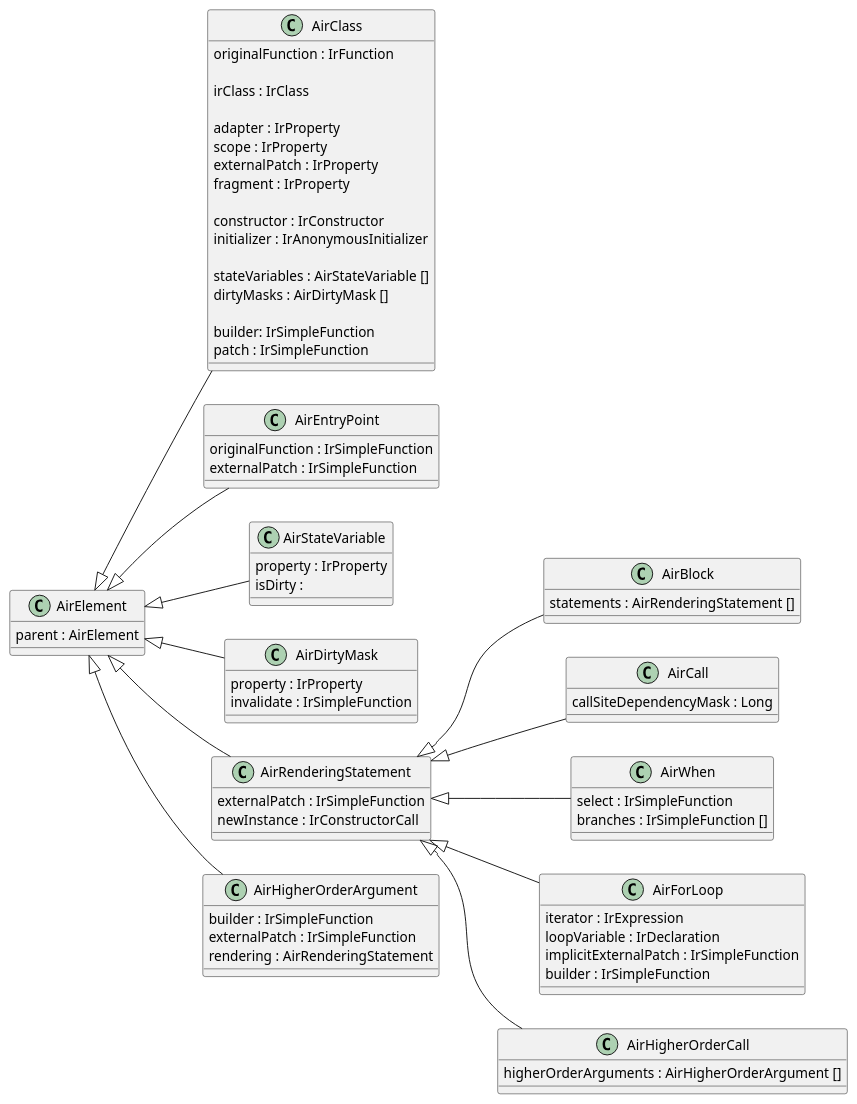
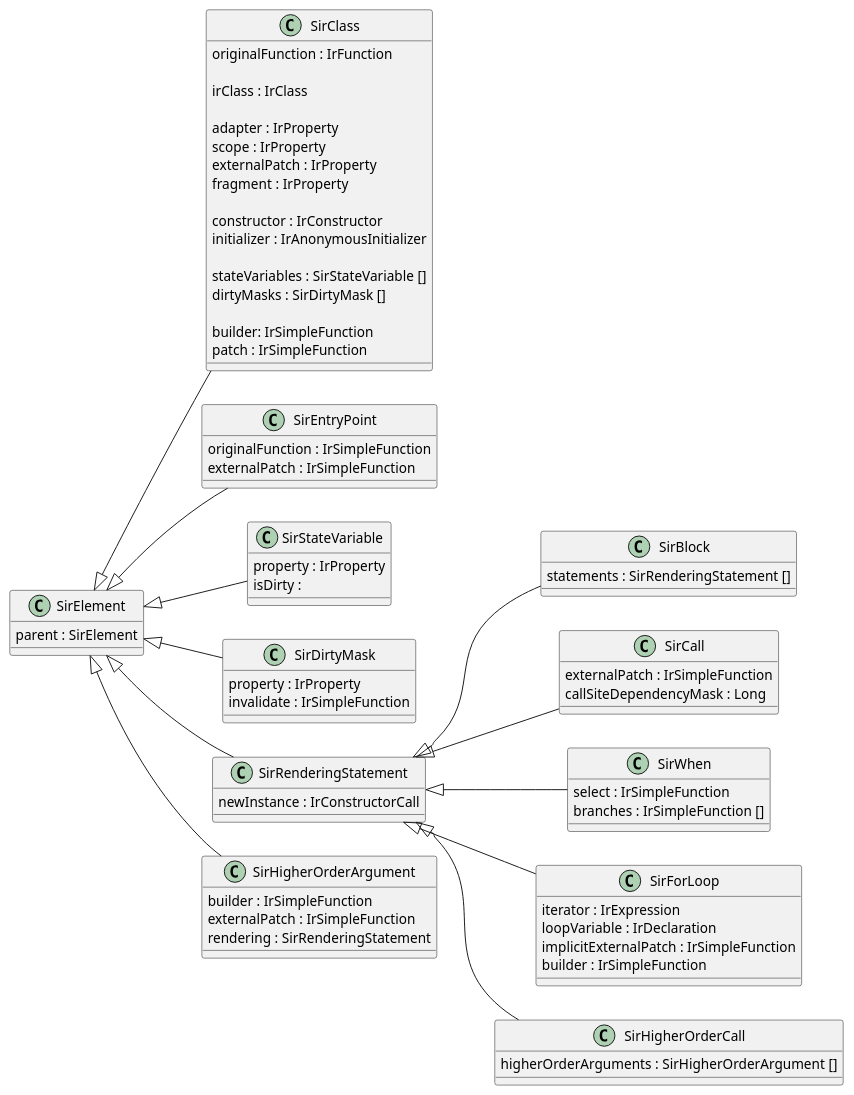
Before and after one commit to spxbhuhb/rui: the diagram in doc/internals/Air.puml, drawn with PlantUML. The commit also changed 33 other files, not shown here.

Commit message:
rename AIR to SIR, refactor progress

```diff
--- a/doc/internals/Air.puml
+++ b/doc/internals/Air.puml
@@ -1,89 +1,89 @@
 @startuml
 
 left to right direction
 
-class AirClass {
+class SirClass {
     originalFunction : IrFunction
 
     irClass : IrClass
 
     adapter : IrProperty
     scope : IrProperty
     externalPatch : IrProperty
     fragment : IrProperty
 
     constructor : IrConstructor
     initializer : IrAnonymousInitializer
 
-    stateVariables : AirStateVariable []
-    dirtyMasks : AirDirtyMask []
+    stateVariables : SirStateVariable []
+    dirtyMasks : SirDirtyMask []
 
     builder: IrSimpleFunction
     patch : IrSimpleFunction
 }
-AirElement <|-- AirClass
+SirElement <|-- SirClass
 
-class AirEntryPoint {
+class SirEntryPoint {
     originalFunction : IrSimpleFunction
     externalPatch : IrSimpleFunction
 }
-AirElement <|-- AirEntryPoint
+SirElement <|-- SirEntryPoint
 
-class AirStateVariable {
+class SirStateVariable {
     property : IrProperty
     isDirty :
 }
-AirElement <|-- AirStateVariable
+SirElement <|-- SirStateVariable
 
-class AirDirtyMask {
+class SirDirtyMask {
     property : IrProperty
     invalidate : IrSimpleFunction
 }
-AirElement <|-- AirDirtyMask
+SirElement <|-- SirDirtyMask
 
-class AirRenderingStatement {
-    externalPatch : IrSimpleFunction
+class SirRenderingStatement {
     newInstance : IrConstructorCall
 }
-AirElement <|-- AirRenderingStatement
+SirElement <|-- SirRenderingStatement
 
-class AirBlock {
-    statements : AirRenderingStatement []
+class SirBlock {
+    statements : SirRenderingStatement []
 }
-AirRenderingStatement <|-- AirBlock
+SirRenderingStatement <|-- SirBlock
 
-class AirCall {
+class SirCall {
+    externalPatch : IrSimpleFunction
     callSiteDependencyMask : Long
 }
-AirRenderingStatement <|-- AirCall
+SirRenderingStatement <|-- SirCall
 
-class AirWhen {
+class SirWhen {
     select : IrSimpleFunction
     branches : IrSimpleFunction []
 }
-AirRenderingStatement <|-- AirWhen
+SirRenderingStatement <|-- SirWhen
 
-class AirForLoop {
+class SirForLoop {
     iterator : IrExpression
     loopVariable : IrDeclaration
     implicitExternalPatch : IrSimpleFunction
     builder : IrSimpleFunction
 }
-AirRenderingStatement <|-- AirForLoop
+SirRenderingStatement <|-- SirForLoop
 
-class AirHigherOrderCall {
-    higherOrderArguments : AirHigherOrderArgument []
+class SirHigherOrderCall {
+    higherOrderArguments : SirHigherOrderArgument []
 }
-AirRenderingStatement <|-- AirHigherOrderCall
+SirRenderingStatement <|-- SirHigherOrderCall
 
-class AirHigherOrderArgument {
+class SirHigherOrderArgument {
     builder : IrSimpleFunction
     externalPatch : IrSimpleFunction
-    rendering : AirRenderingStatement
+    rendering : SirRenderingStatement
 }
-AirElement <|-- AirHigherOrderArgument
+SirElement <|-- SirHigherOrderArgument
 
-class AirElement {
-    parent : AirElement
+class SirElement {
+    parent : SirElement
 }
 @enduml
```
